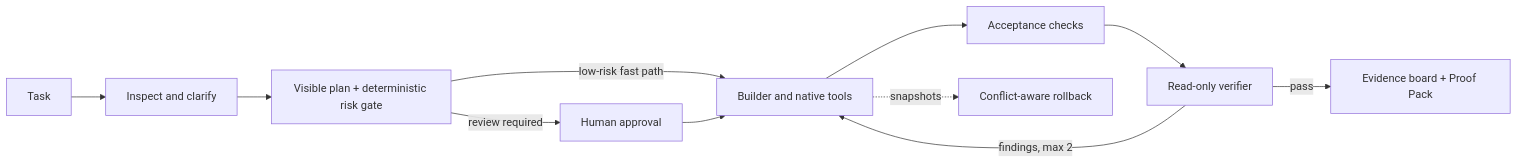
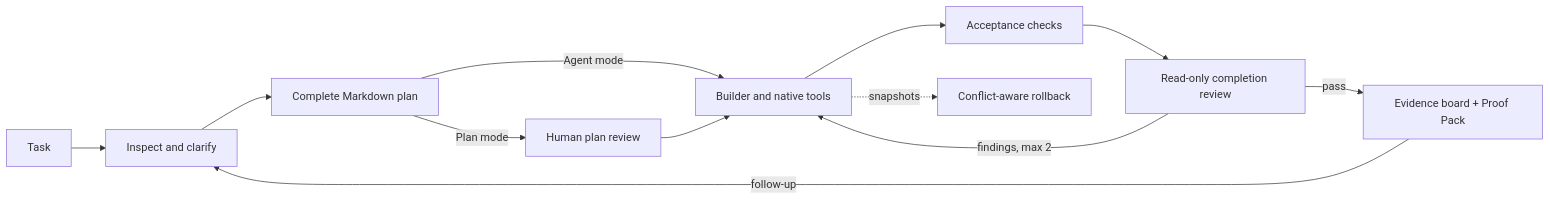
One commit to iamzwxyy/traceforge changed the diagram in README.md. Above: the diagram before and after it, drawn with Mermaid. The commit also changed other lines of this file and 39 other files, not shown here.

Commit message:
feat: align task flow with agent and plan modes

````diff
--- a/README.md
+++ b/README.md
@@ -101,13 +109,14 @@
 ```mermaid
 flowchart LR
     A[Task] --> B[Inspect and clarify]
-    B --> C[Visible plan + deterministic risk gate]
-    C -->|low-risk fast path| D[Builder and native tools]
-    C -->|review required| H[Human approval]
+    B --> C[Complete Markdown plan]
+    C -->|Agent mode| D[Builder and native tools]
+    C -->|Plan mode| H[Human plan review]
     H --> D
     D --> E[Acceptance checks]
-    E --> F[Read-only verifier]
+    E --> F[Read-only completion review]
     F -->|pass| G[Evidence board + Proof Pack]
     F -->|findings, max 2| D
+    G -->|follow-up| B
     D -. snapshots .-> I[Conflict-aware rollback]
 ```
````
